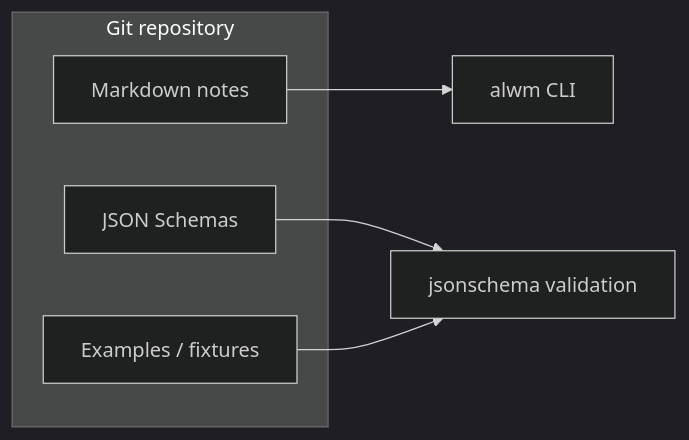
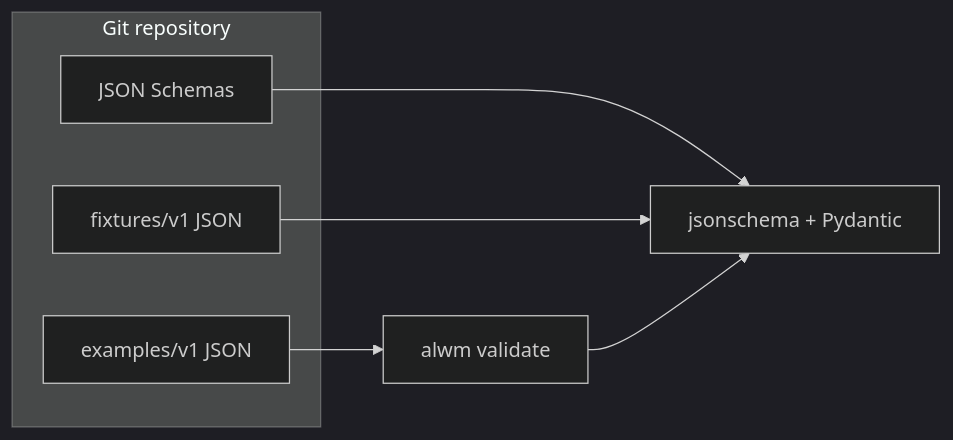
Before and after one commit to sempervent/agent-llm-wiki-matrix: the diagram in docs/architecture/current-state.md, drawn with Mermaid (dark theme). The commit also changed other lines of this file and 36 other files, not shown here.

First line of the commit message:
feat: Phase 2 domain models, JSON Schemas, fixtures, validate CLI

````diff
--- a/docs/architecture/current-state.md
+++ b/docs/architecture/current-state.md
@@ -30,13 +30,14 @@
 ```mermaid
 flowchart LR
   subgraph repo [Git repository]
-    MD[Markdown notes]
     SCH[JSON Schemas]
-    EX[Examples / fixtures]
+    FIX[fixtures/v1 JSON]
+    EX[examples/v1 JSON]
   end
-  CLI[alwm CLI]
-  VAL[jsonschema validation]
-  MD --> CLI
+  VAL[jsonschema + Pydantic]
+  CLI[alwm validate]
   SCH --> VAL
-  EX --> VAL
+  FIX --> VAL
+  EX --> CLI
+  CLI --> VAL
 ```
````
